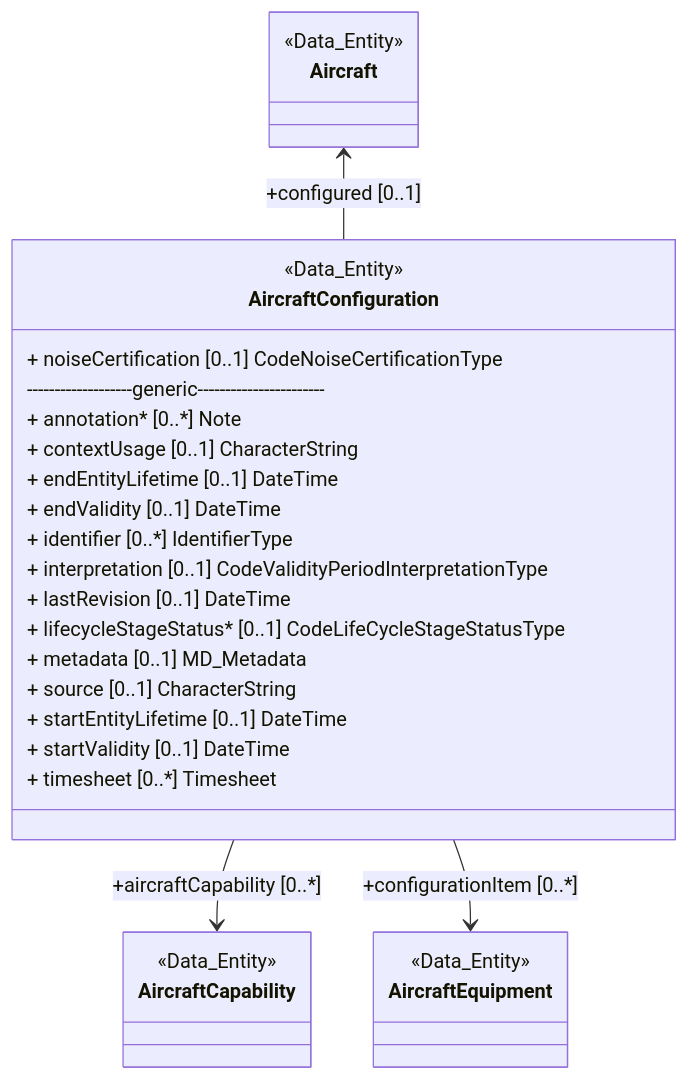
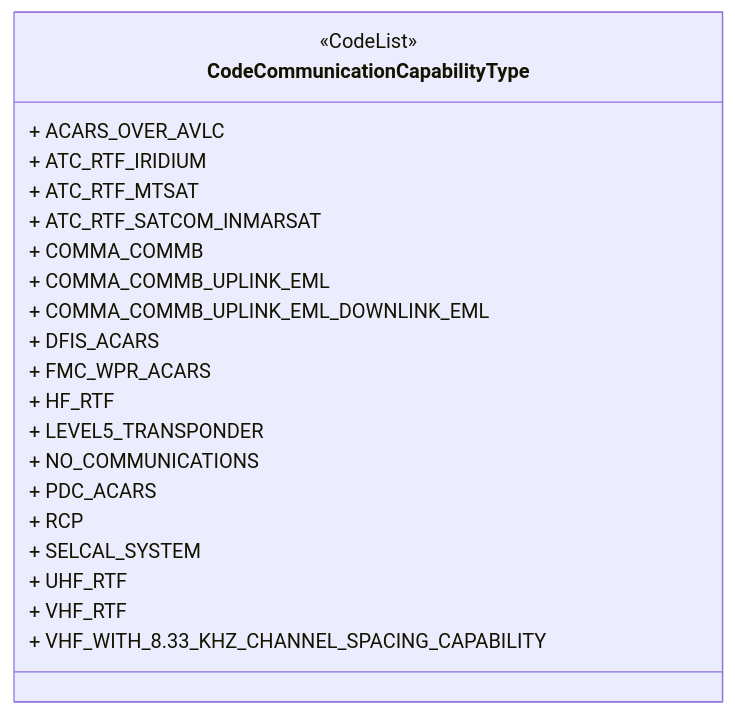
The tenth of 55 diagrams in README.md (hlepori/testAIRM), drawn with Mermaid before and after one commit. The commit also changed other lines of this file, not shown here.

````diff
--- a/README.md
+++ b/README.md
@@ -269,33 +354,24 @@
 ```mermaid	
 classDiagram	
-class AircraftConfiguration	
-<<Data_Entity>> AircraftConfiguration	
-link AircraftConfiguration "https://airm.aero/developers/advanced-search/1.0.0/AircraftConfiguration?model=LogicalModel" "Go to definition"	
-class AircraftCapability	
-<<Data_Entity>> AircraftCapability	
-link AircraftCapability "https://airm.aero/developers/advanced-search/1.0.0/AircraftCapability?model=LogicalModel" "Go to definition"	
-AircraftConfiguration --> AircraftCapability : +aircraftCapability [0..*]	
-class AircraftEquipment	
-<<Data_Entity>> AircraftEquipment	
-link AircraftEquipment "https://airm.aero/developers/advanced-search/1.0.0/AircraftEquipment?model=LogicalModel" "Go to definition"	
-AircraftConfiguration --> AircraftEquipment : +configurationItem [0..*]	
-class Aircraft	
-<<Data_Entity>> Aircraft	
-link Aircraft "https://airm.aero/developers/advanced-search/1.0.0/Aircraft?model=LogicalModel" "Go to definition"	
-Aircraft <-- AircraftConfiguration : +configured [0..1]	
-AircraftConfiguration : + noiseCertification [0..1] CodeNoiseCertificationType	
-AircraftConfiguration: -------------------generic-----------------------	
-AircraftConfiguration : + annotation* [0..*] Note	
-AircraftConfiguration : + contextUsage [0..1] CharacterString	
-AircraftConfiguration : + endEntityLifetime [0..1] DateTime	
-AircraftConfiguration : + endValidity [0..1] DateTime	
-AircraftConfiguration : + identifier [0..*] IdentifierType	
-AircraftConfiguration : + interpretation [0..1] CodeValidityPeriodInterpretationType	
-AircraftConfiguration : + lastRevision [0..1] DateTime	
-AircraftConfiguration : + lifecycleStageStatus* [0..1] CodeLifeCycleStageStatusType	
-AircraftConfiguration : + metadata [0..1] MD_Metadata	
-AircraftConfiguration : + source [0..1] CharacterString	
-AircraftConfiguration : + startEntityLifetime [0..1] DateTime	
-AircraftConfiguration : + startValidity [0..1] DateTime	
-AircraftConfiguration : + timesheet [0..*] Timesheet	
+class CodeCommunicationCapabilityType	
+<<CodeList>> CodeCommunicationCapabilityType	
+link CodeCommunicationCapabilityType "https://airm.aero/developers/advanced-search/1.0.0/CodeCommunicationCapabilityType?model=LogicalModel" "Go to definition"	
+CodeCommunicationCapabilityType : + ACARS_OVER_AVLC	
+CodeCommunicationCapabilityType : + ATC_RTF_IRIDIUM	
+CodeCommunicationCapabilityType : + ATC_RTF_MTSAT	
+CodeCommunicationCapabilityType : + ATC_RTF_SATCOM_INMARSAT	
+CodeCommunicationCapabilityType : + COMMA_COMMB	
+CodeCommunicationCapabilityType : + COMMA_COMMB_UPLINK_EML	
+CodeCommunicationCapabilityType : + COMMA_COMMB_UPLINK_EML_DOWNLINK_EML	
+CodeCommunicationCapabilityType : + DFIS_ACARS	
+CodeCommunicationCapabilityType : + FMC_WPR_ACARS	
+CodeCommunicationCapabilityType : + HF_RTF	
+CodeCommunicationCapabilityType : + LEVEL5_TRANSPONDER	
+CodeCommunicationCapabilityType : + NO_COMMUNICATIONS	
+CodeCommunicationCapabilityType : + PDC_ACARS	
+CodeCommunicationCapabilityType : + RCP	
+CodeCommunicationCapabilityType : + SELCAL_SYSTEM	
+CodeCommunicationCapabilityType : + UHF_RTF	
+CodeCommunicationCapabilityType : + VHF_RTF	
+CodeCommunicationCapabilityType : + VHF_WITH_8.33_KHZ_CHANNEL_SPACING_CAPABILITY	
 ```	
````
